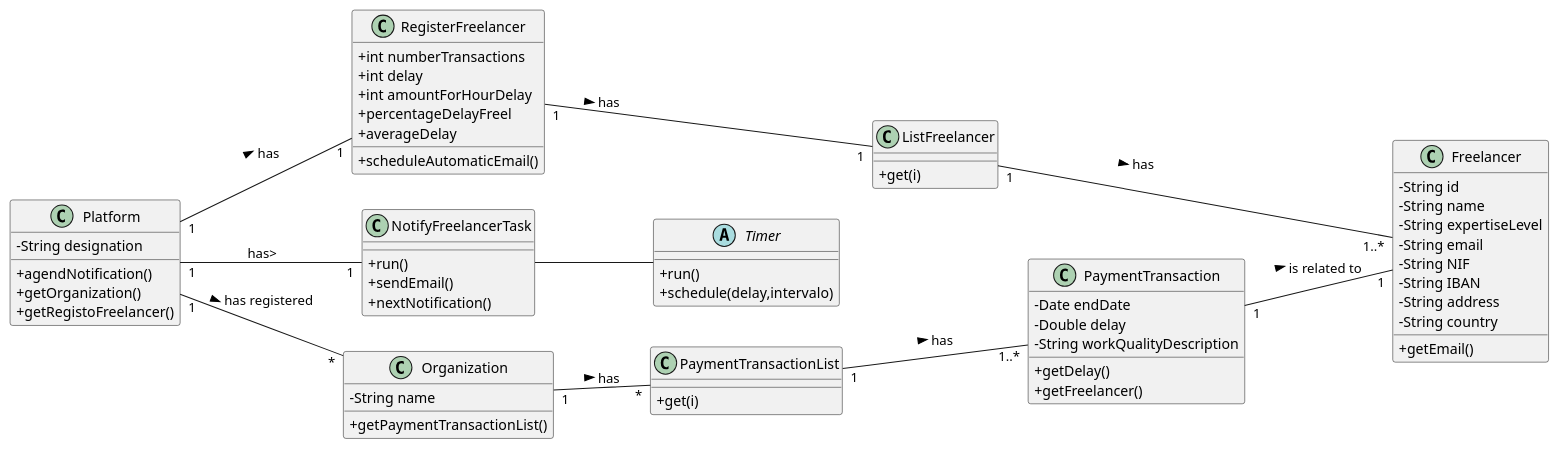
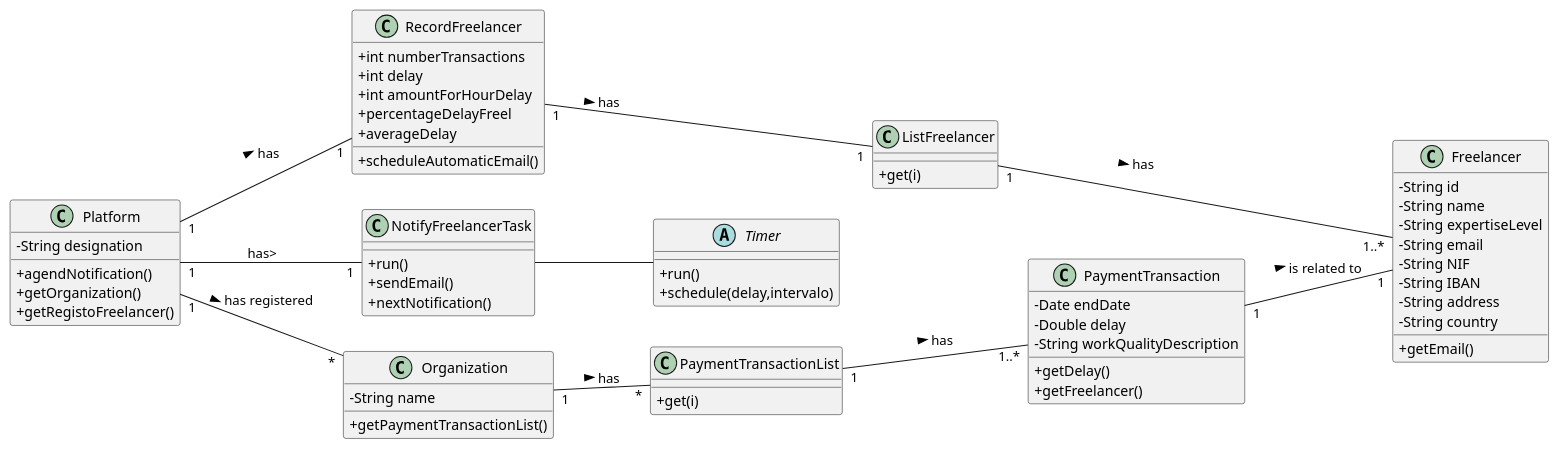
One commit to pedrolemos4/LAPR2 changed the diagram in docs/UC10 - Notify delayed freelancers (automatically)/UC10_CD.puml. Above: the diagram before and after it, drawn with PlantUML. The commit also changed 6 other files, not shown here.

```diff
--- a/docs/UC10 - Notify delayed freelancers (automatically)/UC10_CD.puml
+++ b/docs/UC10 - Notify delayed freelancers (automatically)/UC10_CD.puml
@@ -1,83 +1,83 @@
 @startuml
 skinparam classAttributeIconSize 0
 left to right direction
 
 class Platform {
   -String designation
   +agendNotification()
   +getOrganization()
   +getRegistoFreelancer()
 }
 
-class RegisterFreelancer{
+class RecordFreelancer{
   +int numberTransactions
   +int delay
   +int amountForHourDelay
   +percentageDelayFreel
   +averageDelay
   +scheduleAutomaticEmail()
 }
 
 abstract Timer {
   +run()
   +schedule(delay,intervalo)
 }
 
 class NotifyFreelancerTask {
   +run() 
   +sendEmail()
   +nextNotification()
 }
 
 class Organization {
   -String name
   +getPaymentTransactionList()
 }
 
 class Freelancer {
   -String id
   -String name
   -String expertiseLevel
   -String email
   -String NIF
   -String IBAN
   -String address
   -String country
   +getEmail()
   }
 
 class PaymentTransaction{
  -Date endDate
  -Double delay
  -String workQualityDescription
   +getDelay()
   +getFreelancer()
 }
 
 class PaymentTransactionList {
   +get(i) 
 }
 
 class ListFreelancer {
   +get(i) 
 }
 
 
 Platform "1" -- "*" Organization : has registered >
 Platform "1" -- "1" NotifyFreelancerTask : has>
-Platform "1" -- "1" RegisterFreelancer : has >
+Platform "1" -- "1" RecordFreelancer : has >
 
 NotifyFreelancerTask  --  Timer 
 
-RegisterFreelancer "1" -- "1" ListFreelancer : has >
+RecordFreelancer "1" -- "1" ListFreelancer : has >
 
 ListFreelancer "1" -- "1..*" Freelancer : has >
 
 Organization "1" -- "*" PaymentTransactionList: has >
 
 PaymentTransaction "1" -- "1" Freelancer: is related to >
 
 PaymentTransactionList "1" -- "1..*" PaymentTransaction : has >
 
 
 @enduml
```
